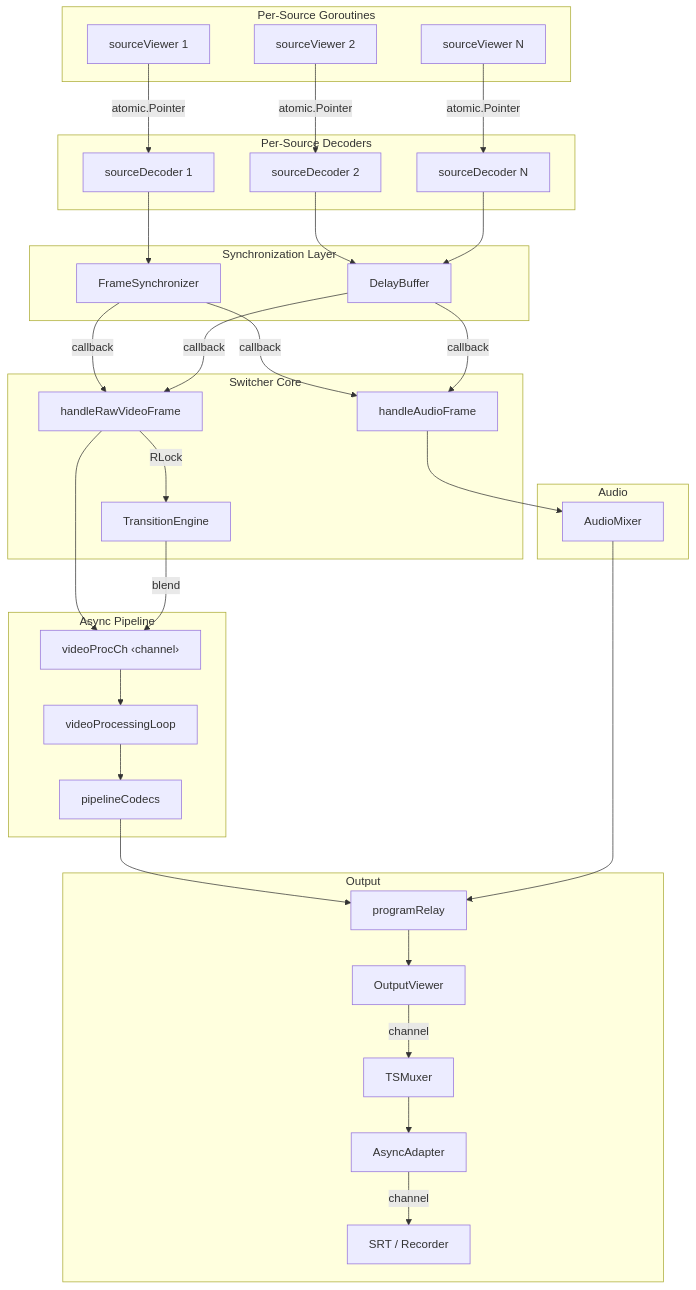
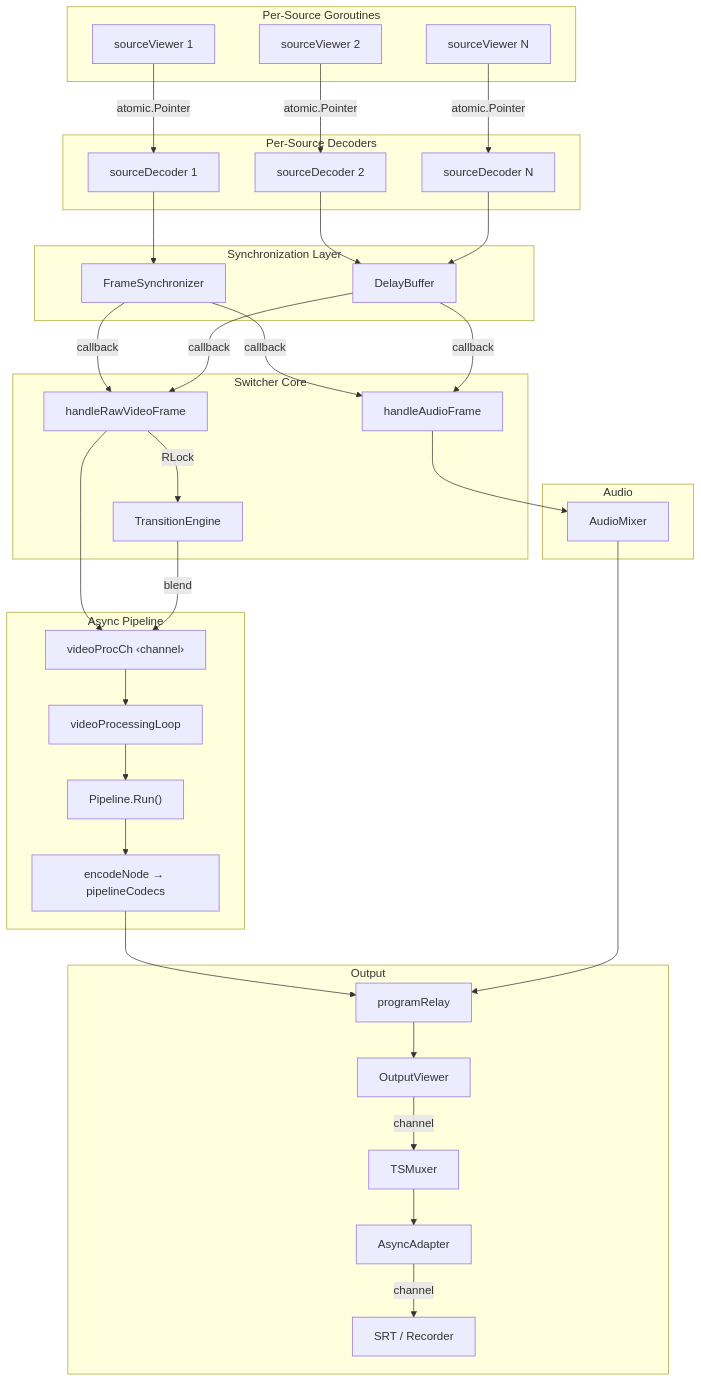
The first of 8 diagrams in docs/locking-and-concurrency.md (zsiec/switchframe), drawn with Mermaid before and after one commit. The commit also changed other lines of this file and 1 other file, not shown here.

````diff
--- a/docs/locking-and-concurrency.md
+++ b/docs/locking-and-concurrency.md
@@ -14,66 +14,68 @@
 ```mermaid
 graph TD
     subgraph "Per-Source Goroutines"
         SV1[sourceViewer 1]
         SV2[sourceViewer 2]
         SV3[sourceViewer N]
     end
 
     subgraph "Synchronization Layer"
         FS[FrameSynchronizer]
         DB[DelayBuffer]
     end
 
     subgraph "Per-Source Decoders"
         SD1[sourceDecoder 1]
         SD2[sourceDecoder 2]
         SD3[sourceDecoder N]
     end
 
     subgraph "Switcher Core"
         HRVF[handleRawVideoFrame]
         HAF[handleAudioFrame]
         TE[TransitionEngine]
     end
 
     subgraph "Async Pipeline"
         VPC[videoProcCh ‹channel›]
         VPL[videoProcessingLoop]
-        PC[pipelineCodecs]
+        PIPE["Pipeline.Run()"]
+        PC[encodeNode → pipelineCodecs]
     end
 
     subgraph "Output"
         PR[programRelay]
         OV[OutputViewer]
         MX[TSMuxer]
         AA[AsyncAdapter]
         SRT[SRT / Recorder]
     end
 
     subgraph "Audio"
         MIX[AudioMixer]
     end
 
     SV1 -->|atomic.Pointer| SD1
     SV2 -->|atomic.Pointer| SD2
     SV3 -->|atomic.Pointer| SD3
     SD1 --> FS
     SD2 --> DB
     SD3 --> DB
     FS -->|callback| HRVF
     DB -->|callback| HRVF
     FS -->|callback| HAF
     DB -->|callback| HAF
     HRVF -->|RLock| TE
     HRVF --> VPC
     TE -->|blend| VPC
     VPC --> VPL
-    VPL --> PC
+    VPL --> PIPE
+    PIPE --> PC
     PC --> PR
     PR --> OV
     OV -->|channel| MX
     MX --> AA
     AA -->|channel| SRT
     HAF --> MIX
     MIX --> PR
 ```
````
